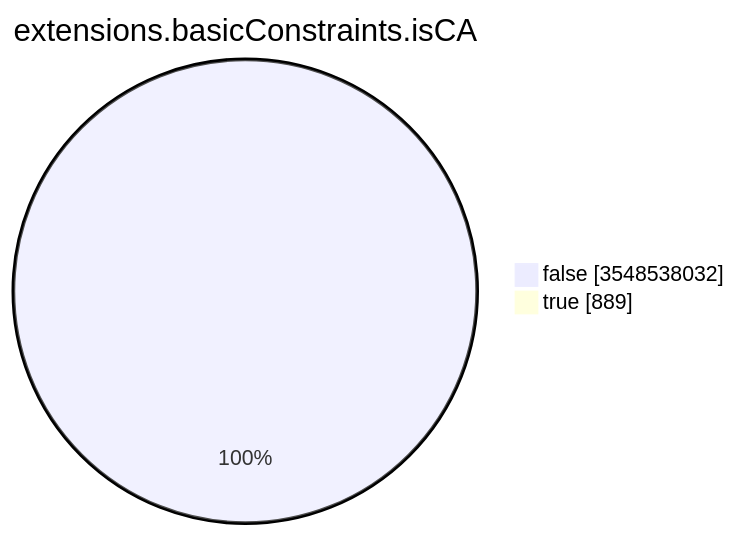
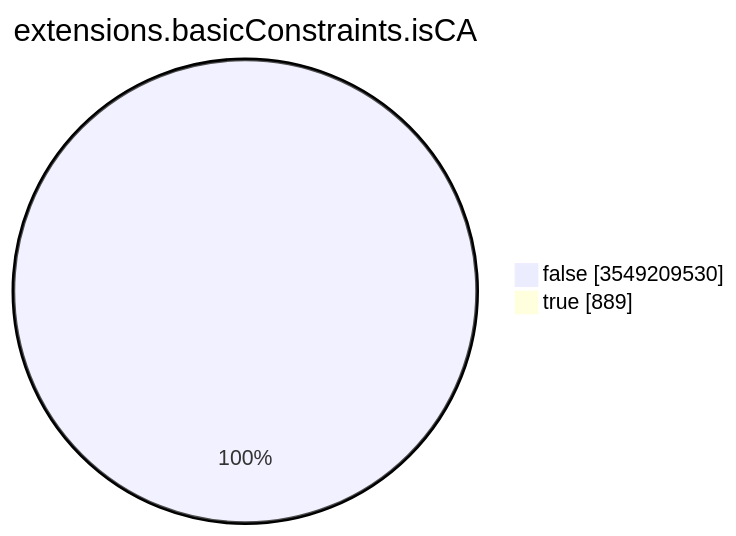
The seventh of 15 diagrams in TOTAL/README.md (christiankrug/ctmonitor_visualization), drawn with Mermaid before and after one commit. The commit also changed other lines of this file, not shown here.

````diff
--- a/TOTAL/README.md
+++ b/TOTAL/README.md
@@ -3094,6 +3094,6 @@
 ```mermaid
 pie showData
 title extensions.basicConstraints.isCA
-"false" :3548538032
+"false" :3549209530
 "true" :889
 ```
````
